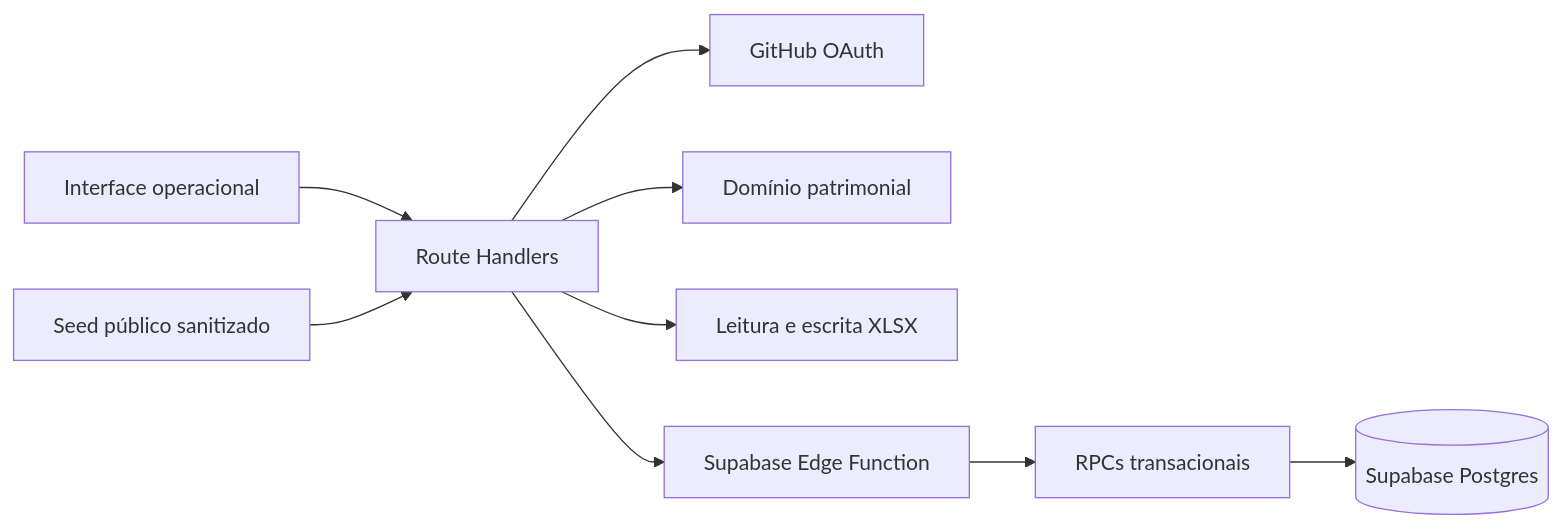
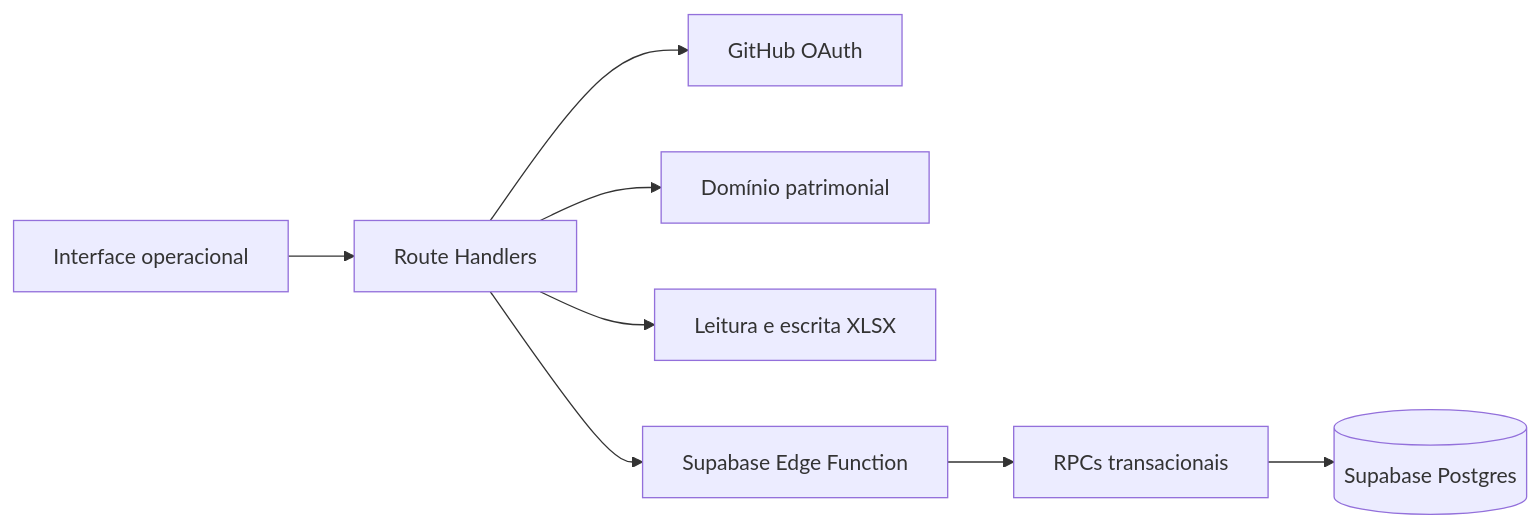
One commit to Kenjihidehira/patrimonio-ops-control changed the diagram in docs/architecture.md. Above: the diagram before and after it, drawn with Mermaid. The commit also changed other lines of this file and 9 other files, not shown here.

````diff
--- a/docs/architecture.md
+++ b/docs/architecture.md
@@ -5,11 +5,10 @@
 ```mermaid
 flowchart LR
     UI[Interface operacional] --> API[Route Handlers]
     API --> AUTH[GitHub OAuth]
     API --> DOMAIN[Domínio patrimonial]
     API --> XLSX[Leitura e escrita XLSX]
     API --> GATEWAY[Supabase Edge Function]
     GATEWAY --> RPC[RPCs transacionais]
     RPC --> PG[(Supabase Postgres)]
-    SEED[Seed público sanitizado] --> API
 ```
````
